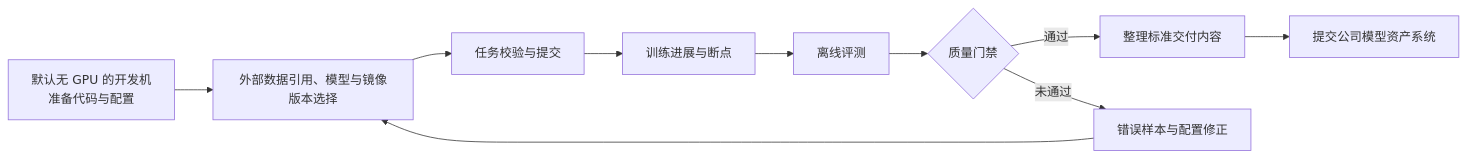
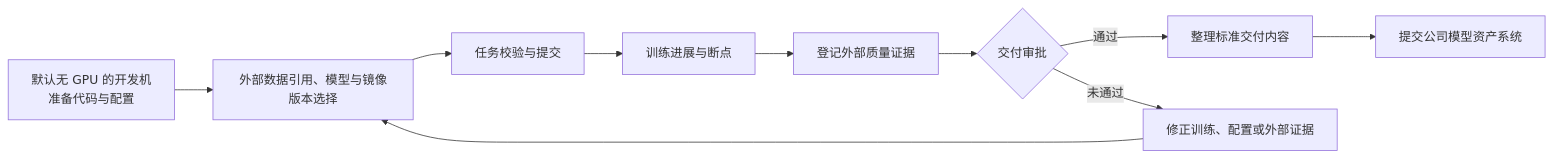
One commit to gqcn/ltp changed the first of 3 diagrams in docs/平台规划/0-大模型训练平台规划.md. Above: the diagram before and after it, drawn with Mermaid. The commit also changed other lines of this file and 9 other files, not shown here.

````diff
--- a/docs/平台规划/0-大模型训练平台规划.md
+++ b/docs/平台规划/0-大模型训练平台规划.md
@@ -30,12 +30,12 @@
 ```mermaid
 flowchart LR
     A["默认无 GPU 的开发机<br/>准备代码与配置"] --> B["外部数据引用、模型与镜像版本选择"]
     B --> C["任务校验与提交"]
     C --> D["训练进展与断点"]
-    D --> E["离线评测"]
-    E --> F{"质量门禁"}
+    D --> E["登记外部质量证据"]
+    E --> F{"交付审批"}
     F -->|"通过"| G["整理标准交付内容"]
     G --> H["提交公司模型资产系统"]
-    F -->|"未通过"| I["错误样本与配置修正"]
+    F -->|"未通过"| I["修正训练、配置或外部证据"]
     I --> B
 ```
````
